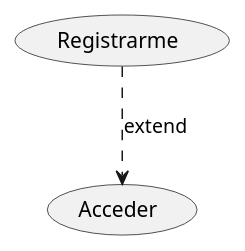
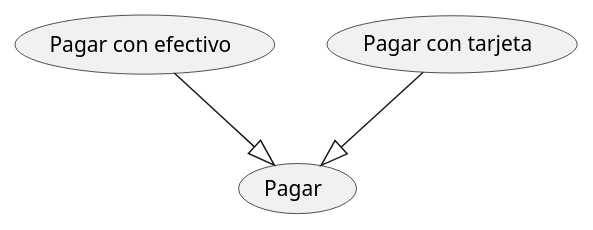
Before and after one commit to Dpketes/CasosDeUso: the diagram in src/CasosDeUso.puml, drawn with PlantUML.

Commit message:
Uso de generalizacion

```diff
--- a/src/CasosDeUso.puml
+++ b/src/CasosDeUso.puml
@@ -1,6 +1,8 @@
 @startuml
-(Acceder)
-(Registrarme)
+(Pagar con efectivo)
+(Pagar con tarjeta)
+(Pagar)
 
-(Registrarme)..>(Acceder) : extend
+(Pagar con tarjeta)--|>(Pagar)
+(Pagar con efectivo)--|>(Pagar)
 @enduml
```
